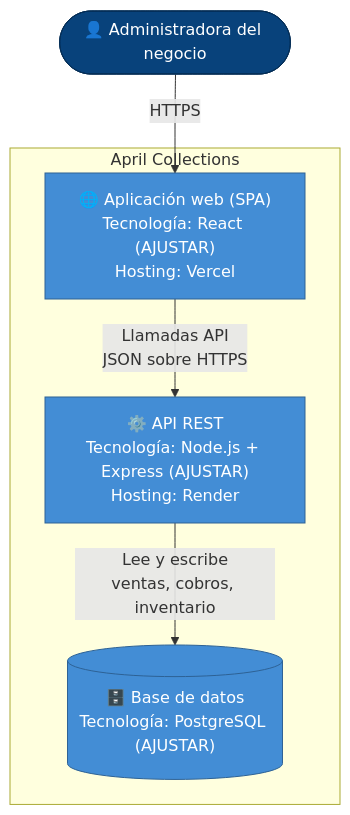
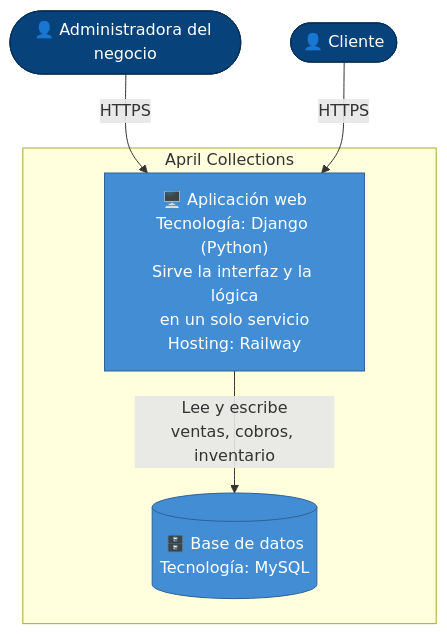
One commit to Dariel190831/ISW2-Practicas changed the second of 2 diagrams in practica-6/arquitectura.md. Above: the diagram before and after it, drawn with Mermaid. The commit also changed other lines of this file, not shown here.

Commit message:
fix(practica-6): corregir diagramas para reflejar arquitectura real (Django/MySQL, sin pasarela)

````diff
--- a/practica-6/arquitectura.md
+++ b/practica-6/arquitectura.md
@@ -52,21 +39,21 @@
 ```mermaid
 flowchart TB
     admin(["👤 Administradora del negocio"])
+    cliente(["👤 Cliente"])
 
     subgraph appsys["April Collections"]
-        frontend["🌐 Aplicación web (SPA)<br/>Tecnología: React (AJUSTAR)<br/>Hosting: Vercel"]
-        backend["⚙️ API REST<br/>Tecnología: Node.js + Express (AJUSTAR)<br/>Hosting: Render"]
-        db[("🗄️ Base de datos<br/>Tecnología: PostgreSQL (AJUSTAR)")]
+        app["🖥️ Aplicación web<br/>Tecnología: Django (Python)<br/>Sirve la interfaz y la lógica<br/>en un solo servicio<br/>Hosting: Railway"]
+        db[("🗄️ Base de datos<br/>Tecnología: MySQL")]
     end
 
-    admin -->|"HTTPS"| frontend
-    frontend -->|"Llamadas API<br/>JSON sobre HTTPS"| backend
-    backend -->|"Lee y escribe<br/>ventas, cobros, inventario"| db
+    admin -->|"HTTPS"| app
+    cliente -->|"HTTPS"| app
+    app -->|"Lee y escribe<br/>ventas, cobros, inventario"| db
 
     classDef persona fill:#08427b,color:#fff,stroke:#052e56
     classDef contenedor fill:#438dd5,color:#fff,stroke:#2e6295
     classDef basedatos fill:#438dd5,color:#fff,stroke:#2e6295
-    class admin persona
-    class frontend,backend contenedor
+    class admin,cliente persona
+    class app contenedor
     class db basedatos
 ```
````
